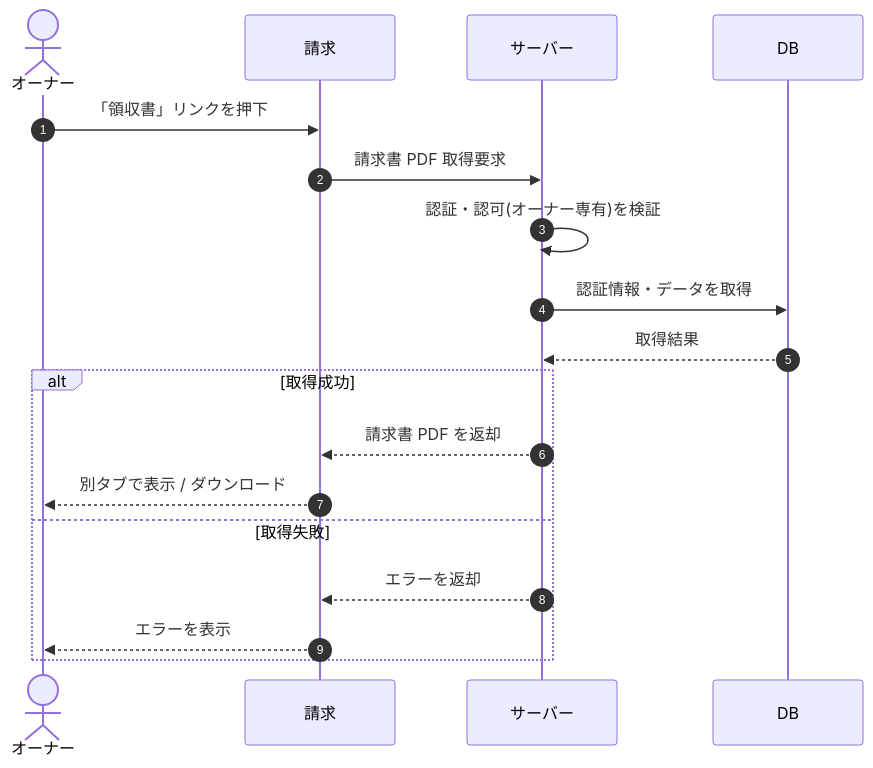
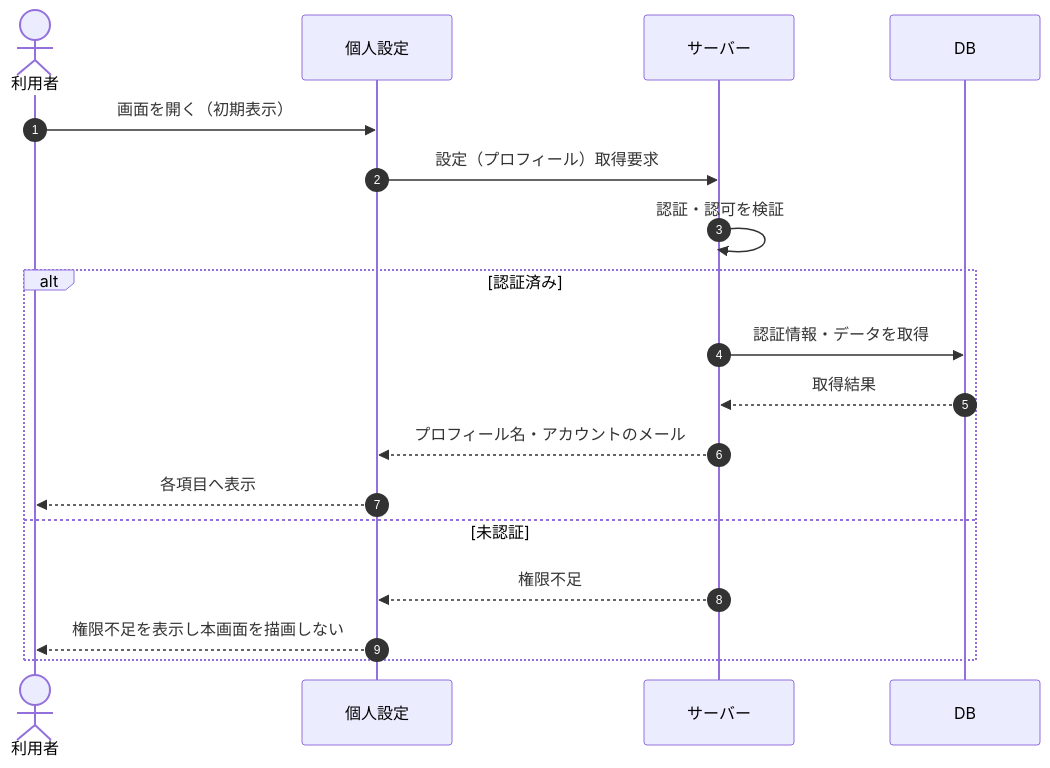
Before and after one commit to sikakou54/open-faq: the diagram in 02_basic_design/03_sequences/SEQ-083.md, drawn with Mermaid. The commit also changed other lines of this file and 395 other files, not shown here.

````diff
--- a/02_basic_design/03_sequences/SEQ-083.md
+++ b/02_basic_design/03_sequences/SEQ-083.md
@@ -25,20 +25,20 @@
 ```mermaid
 sequenceDiagram
   autonumber
-  actor U as オーナー
-  participant Screen as 請求
+  actor U as 利用者
+  participant Screen as 個人設定
   participant Server as サーバー
   participant DB as DB
-  U->>Screen: 「領収書」リンクを押下
-  Screen->>Server: 請求書 PDF 取得要求
-  Server->>Server: 認証・認可(オーナー専有)を検証
-  Server->>DB: 認証情報・データを取得
-  DB-->>Server: 取得結果
-  alt 取得成功
-    Server-->>Screen: 請求書 PDF を返却
-    Screen-->>U: 別タブで表示 / ダウンロード
-  else 取得失敗
-    Server-->>Screen: エラーを返却
-    Screen-->>U: エラーを表示
+  U->>Screen: 画面を開く（初期表示）
+  Screen->>Server: 設定（プロフィール）取得要求
+  Server->>Server: 認証・認可を検証
+  alt 認証済み
+    Server->>DB: 認証情報・データを取得
+    DB-->>Server: 取得結果
+    Server-->>Screen: プロフィール名・アカウントのメール
+    Screen-->>U: 各項目へ表示
+  else 未認証
+    Server-->>Screen: 権限不足
+    Screen-->>U: 権限不足を表示し本画面を描画しない
   end
 ```
````
